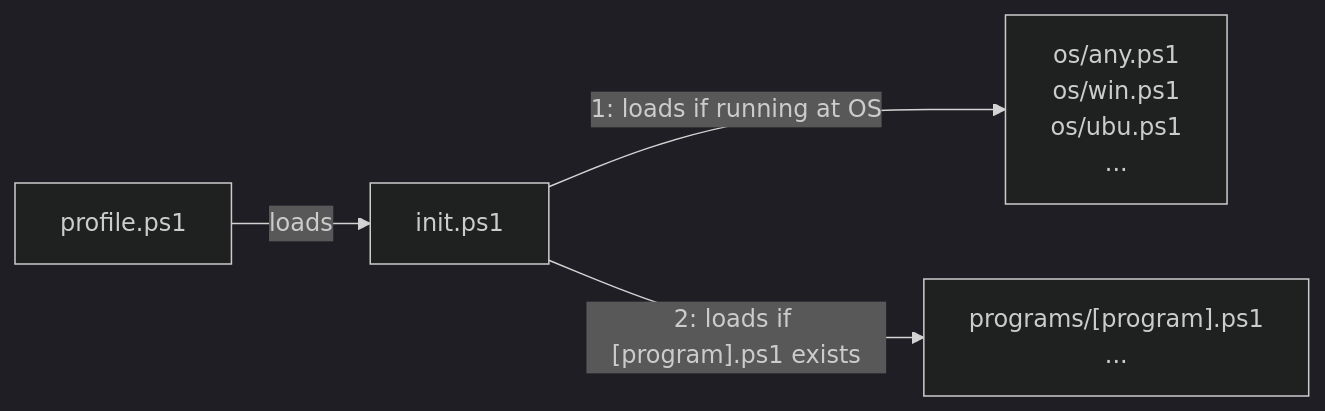
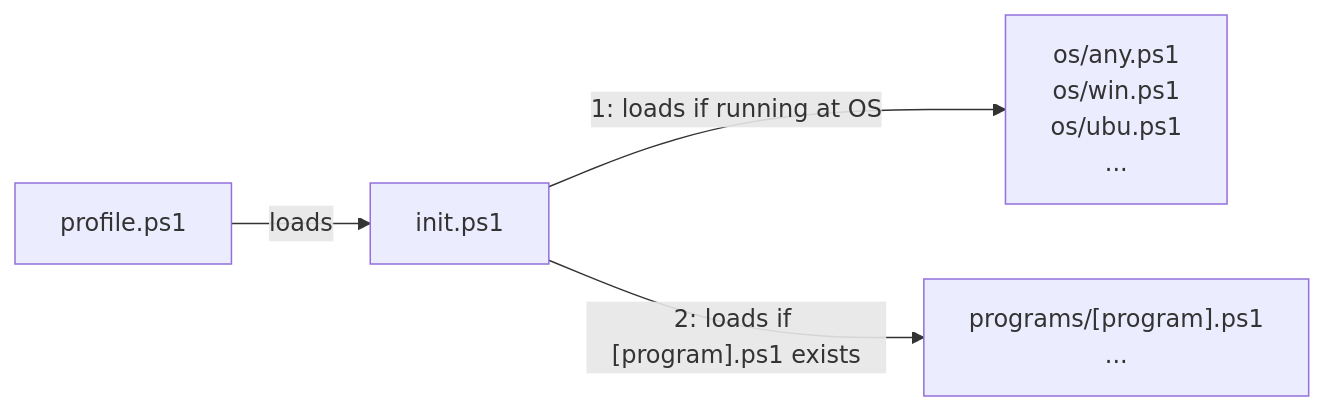
Before and after one commit to alanlivio/ps-sh-helpers: the second of 2 diagrams in README.md, drawn with Mermaid. The commit also changed other lines of this file, not shown here.

````diff
--- a/README.md
+++ b/README.md
@@ -32,22 +31,21 @@
 ```mermaid
-%%{init: {'theme':'dark'}}%%
 flowchart LR
     psprofile["profile.ps1"]
     ps-init["init.ps1"]
     %% sh-init["init.sh"]
     program-dependent["
         programs/[program].ps1
         ...
     "]
     OS-dependent["
         os/any.ps1
         os/win.ps1
         os/ubu.ps1
         ...
     "]
 
     psprofile--> |"loads"| ps-init
     ps-init --> |"1: loads if running at OS"| OS-dependent
     ps-init --> |"2: loads if [program].ps1 exists"| program-dependent
     %%ps-init --> |"3: create ps1 alias to functions at"| sh-init
 ```
````
